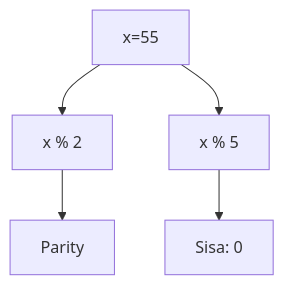
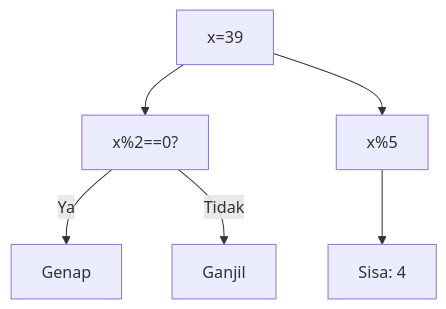
One commit to amnahwaida/OSNK_INF_PREP changed diagram 20 of 25 in part-c-pemahaman-cpp/05-rekursi/latihan/set-09.md. Above: the diagram before and after it, drawn with Mermaid. The commit also changed other lines of this file and 71 other files, not shown here.

Commit message:
Fixed Mermaid syntax lexical errors with quoted labels in 1,800 questions

````diff
--- a/part-c-pemahaman-cpp/05-rekursi/latihan/set-09.md
+++ b/part-c-pemahaman-cpp/05-rekursi/latihan/set-09.md
@@ -509,7 +634,8 @@
 ```mermaid
 graph TD
-A[x=55] --> B[x % 2]
-B --> C[Parity]
-A --> D[x % 5]
-D --> E[Sisa: 0]
+A["x=39"] --> B["x%2==0?"]
+B -- Ya --> C["Genap"]
+B -- Tidak --> D["Ganjil"]
+A --> E["x%5"]
+E --> F["Sisa: 4"]
 ```
````
